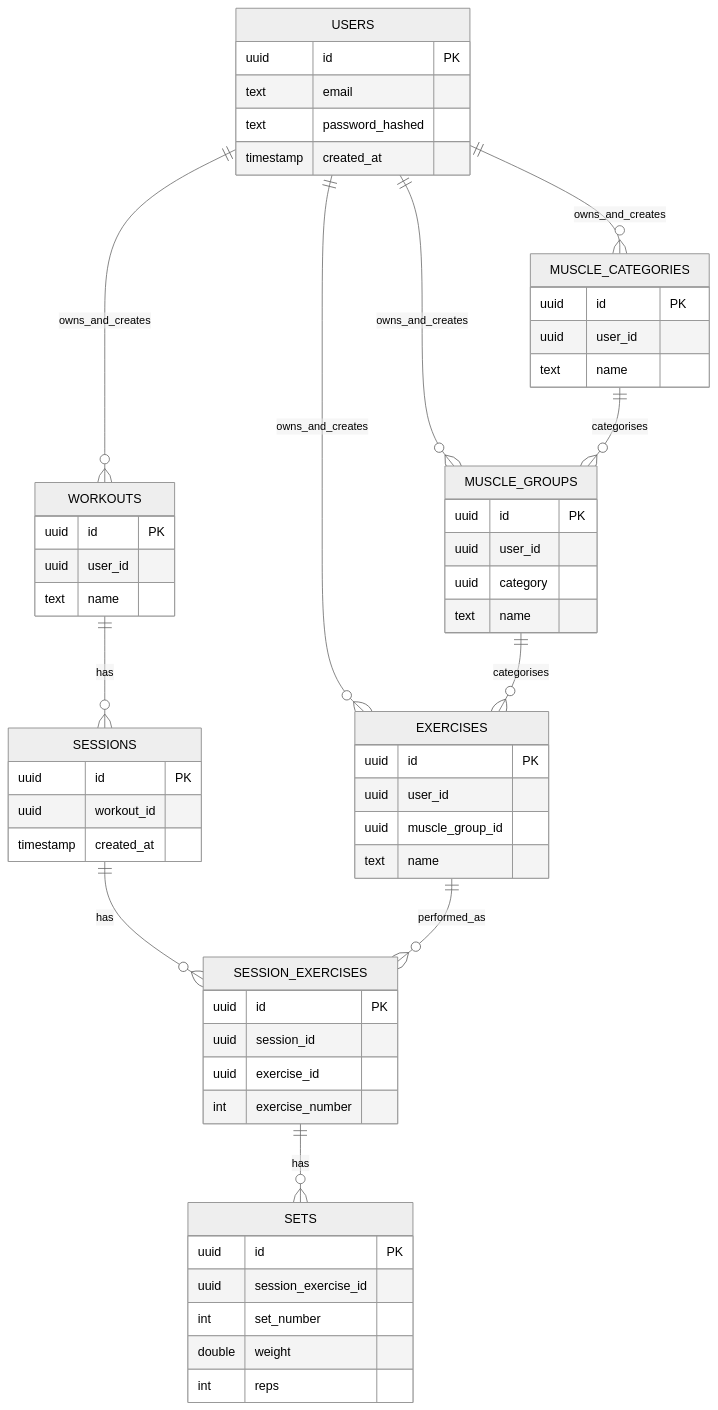
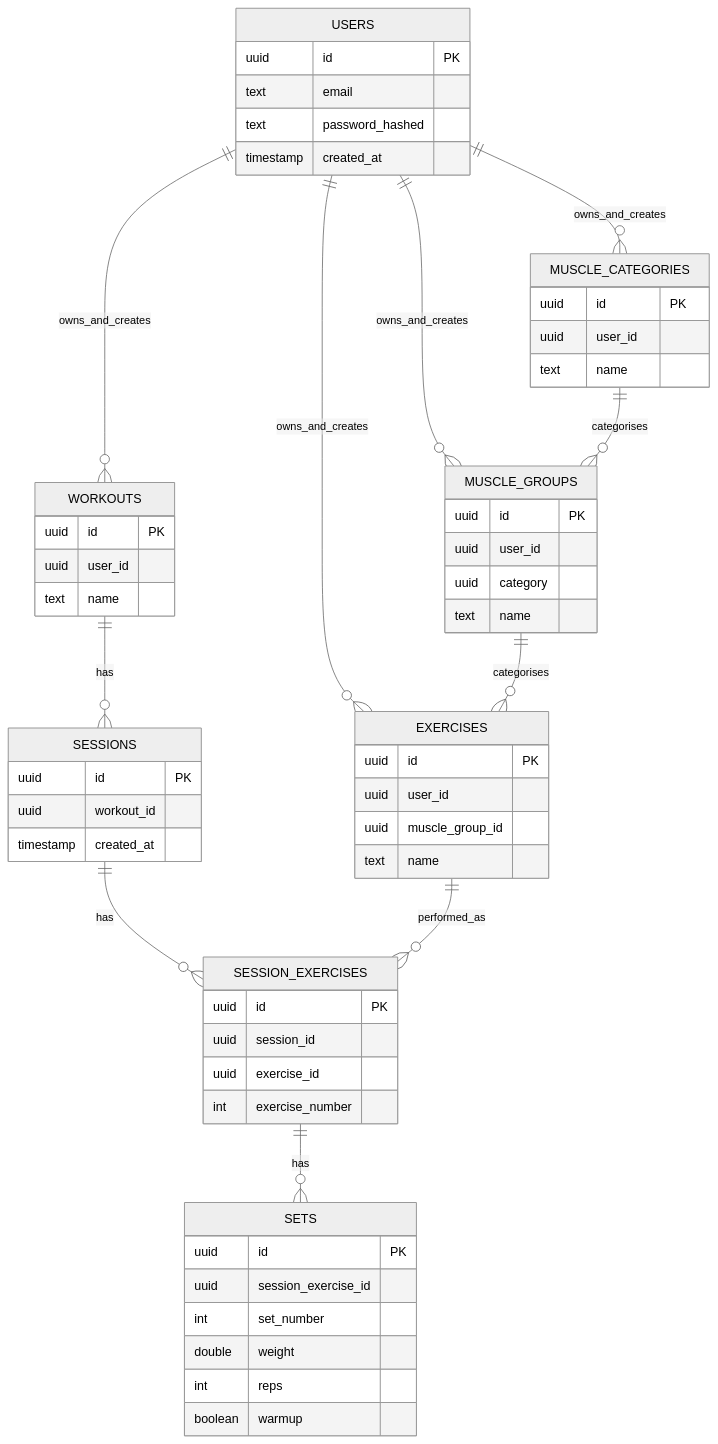
The second of 3 diagrams in README.md (timviney/trakr-fitness), drawn with Mermaid (neutral theme) before and after one commit. The commit also changed 3 other files, not shown here.

````diff
--- a/README.md
+++ b/README.md
@@ -39,69 +39,70 @@
 ```mermaid
 erDiagram
     USERS {
         uuid id PK
         text email
         text password_hashed
         timestamp created_at
     }
 
     MUSCLE_CATEGORIES {
         uuid id PK
         uuid user_id
         text name
     }
 
     MUSCLE_GROUPS {
         uuid id PK
         uuid user_id
         uuid category
         text name
     }
 
     EXERCISES {
         uuid id PK
         uuid user_id
         uuid muscle_group_id
         text name
     }
 
     WORKOUTS {
         uuid id PK
         uuid user_id
         text name
     }
 
     SESSIONS {
         uuid id PK
         uuid workout_id
         timestamp created_at
     }
 
     SESSION_EXERCISES {
         uuid id PK
         uuid session_id
         uuid exercise_id
         int exercise_number
     }
 
     SETS {
         uuid id PK
         uuid session_exercise_id
         int set_number
         double weight
         int reps
+        boolean warmup
     }
 
     USERS ||--o{ WORKOUTS : owns_and_creates
     USERS ||--o{ EXERCISES : owns_and_creates
     USERS ||--o{ MUSCLE_CATEGORIES : owns_and_creates
     USERS ||--o{ MUSCLE_GROUPS : owns_and_creates
 
     MUSCLE_CATEGORIES ||--o{ MUSCLE_GROUPS : categorises
     MUSCLE_GROUPS ||--o{ EXERCISES : categorises
 
     WORKOUTS ||--o{ SESSIONS : has
     SESSIONS ||--o{ SESSION_EXERCISES : has
     EXERCISES ||--o{ SESSION_EXERCISES : performed_as
     SESSION_EXERCISES ||--o{ SETS : has
 ```
````
